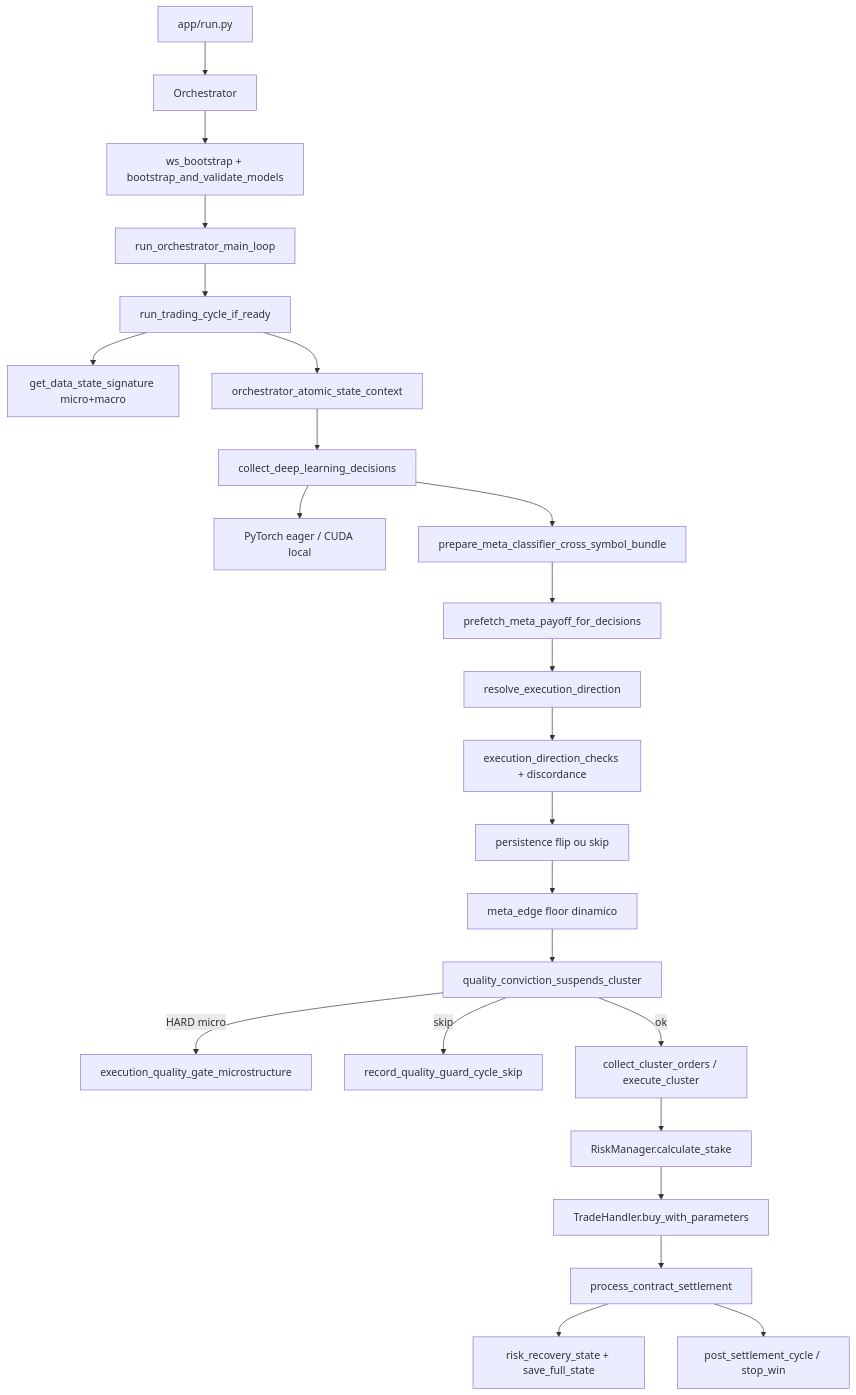
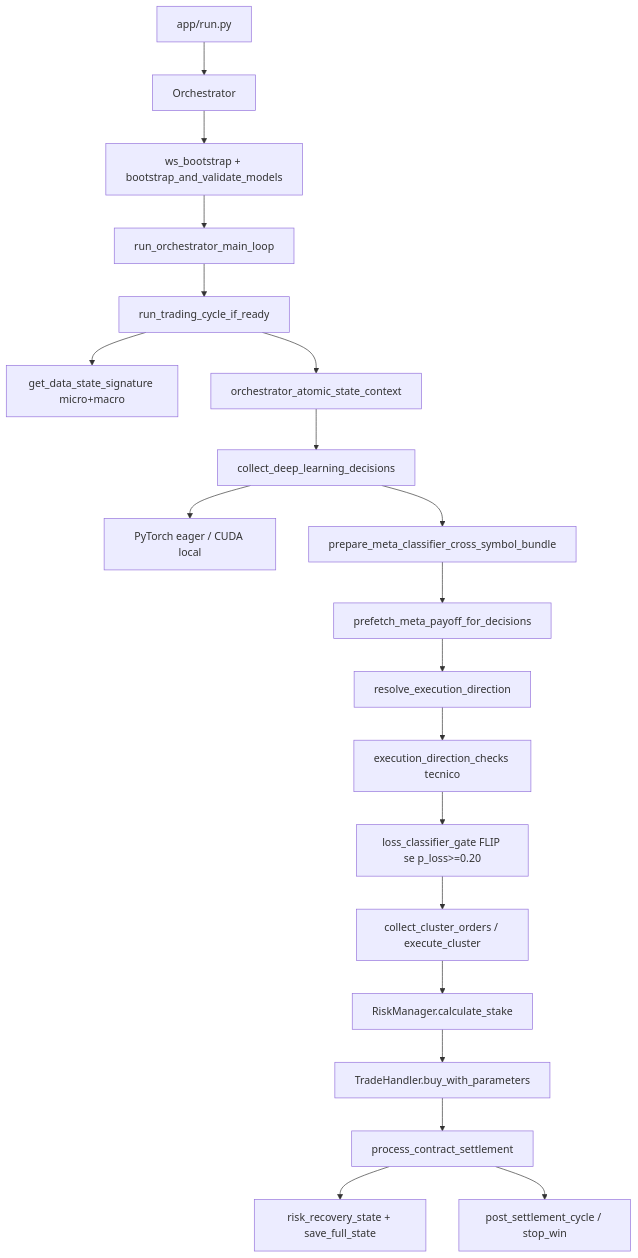
Before and after one commit to victorh-silveira/aether-quantum-engine: the first of 3 diagrams in docs/arquitetura.md, drawn with Mermaid. The commit also changed other lines of this file and 41 other files, not shown here.

First line of the commit message:
feat(engine): FLIP por p_eff do loss-clf no piso 0.55

````diff
--- a/docs/arquitetura.md
+++ b/docs/arquitetura.md
@@ -100,26 +100,22 @@
 ```mermaid
 flowchart TD
   RUN[app/run.py] --> ORCH[Orchestrator]
   ORCH --> BOOT[ws_bootstrap + bootstrap_and_validate_models]
   BOOT --> LOOP[run_orchestrator_main_loop]
   LOOP --> TC[run_trading_cycle_if_ready]
   TC --> SIG[get_data_state_signature micro+macro]
   TC --> LOCK[orchestrator_atomic_state_context]
   LOCK --> DL[collect_deep_learning_decisions]
   DL --> LOCAL[PyTorch eager / CUDA local]
   DL --> BUNDLE[prepare_meta_classifier_cross_symbol_bundle]
   BUNDLE --> META[prefetch_meta_payoff_for_decisions]
   META --> RES[resolve_execution_direction]
-  RES --> CHK[execution_direction_checks + discordance]
-  CHK --> PSIST[persistence flip ou skip]
-  PSIST --> EDGE[meta_edge floor dinamico]
-  EDGE --> QG[quality_conviction_suspends_cluster]
-  QG -->|HARD micro| MICRO[execution_quality_gate_microstructure]
-  QG -->|skip| STV[record_quality_guard_cycle_skip]
-  QG -->|ok| COL[collect_cluster_orders / execute_cluster]
+  RES --> CHK[execution_direction_checks tecnico]
+  CHK --> LOSS[loss_classifier_gate FLIP se p_loss>=0.20]
+  LOSS --> COL[collect_cluster_orders / execute_cluster]
   COL --> RM[RiskManager.calculate_stake]
   RM --> TH[TradeHandler.buy_with_parameters]
   TH --> SET[process_contract_settlement]
   SET --> RSC[risk_recovery_state + save_full_state]
   SET --> PSC[post_settlement_cycle / stop_win]
 ```
````
